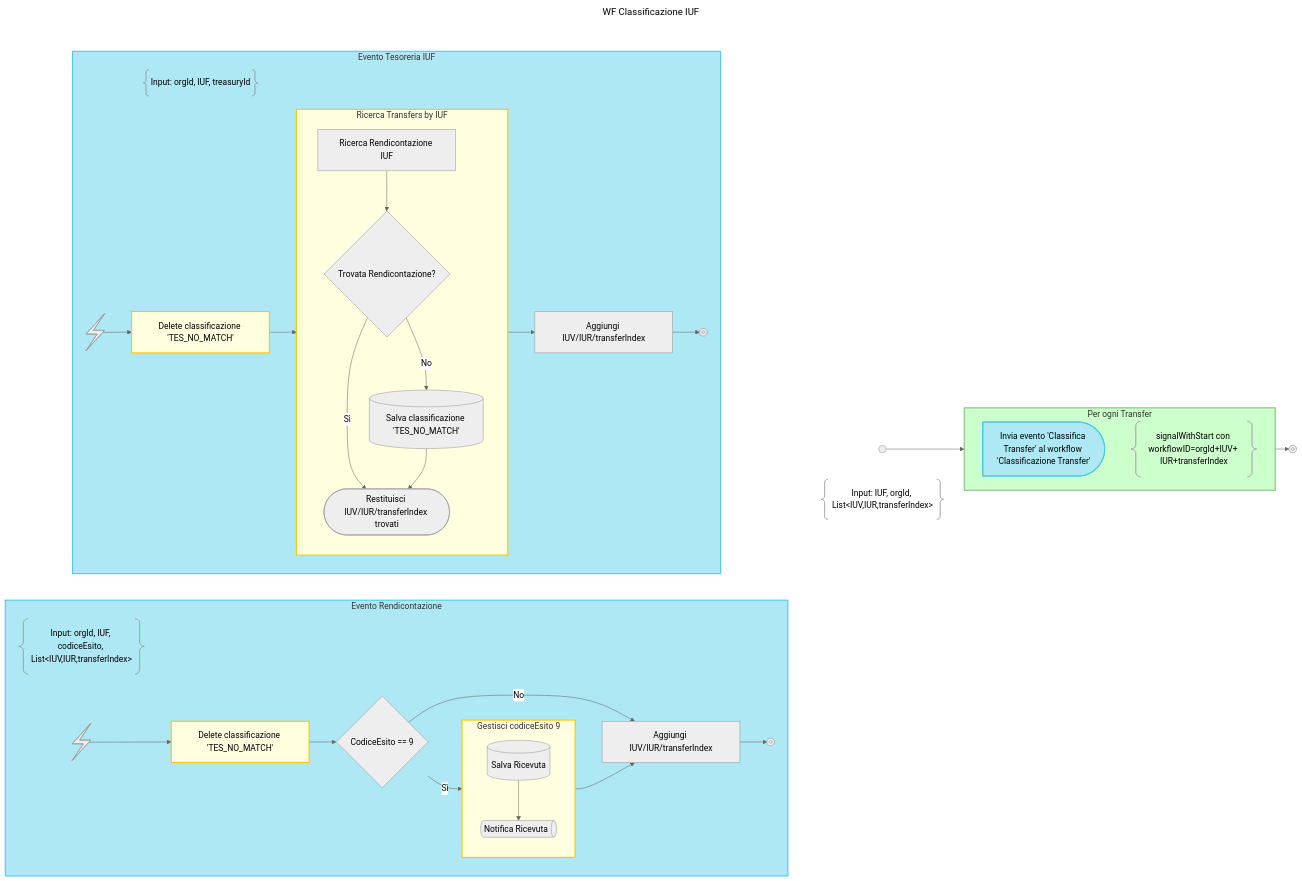
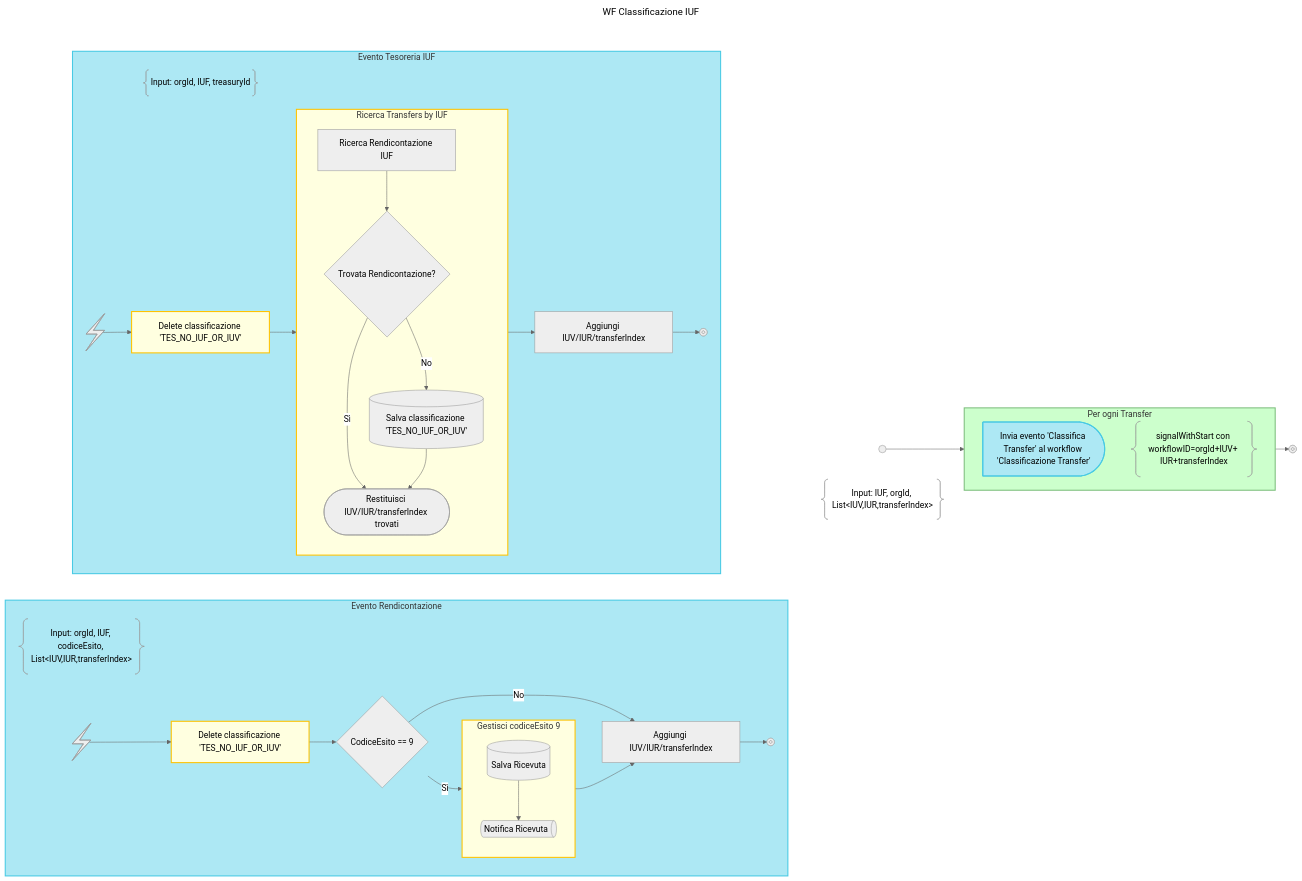
Before and after one commit to pagopa/p4pa-doc: the diagram in design/workflow/classificazioneIncassi/06.classificazioneIuf.mmd, drawn with Mermaid (neutral theme). The commit also changed 1 other file, not shown here.

Commit message:
fix: IUF Classification TES_NO_IUF_OR_IUV instead of TES_NO_MATCH

```diff
--- a/design/workflow/classificazioneIncassi/06.classificazioneIuf.mmd
+++ b/design/workflow/classificazioneIncassi/06.classificazioneIuf.mmd
@@ -1,92 +1,92 @@
 ---
 title: WF Classificazione IUF
 config:
     flowchart:
         rankSpacing: 1
 ---
 flowchart TD
     subgraph WF_BLOCK
         subgraph NOTE_START_BLOCK
             DESCRIPTION@{ shape: braces, label: "Input: IUF, orgId, List&lt;IUV,IUR,transferIndex&gt;" }
             START@{shape: start}
         end
         class NOTE_START_BLOCK hidden
 
         START --> LOOP_IUVs
 
         subgraph LOOP_IUVs["Per ogni Transfer"]
         direction TB
 
         SIGNAL_IUV:::send-signal@{shape: delay, label: "Invia evento 'Classifica Transfer' al workflow 'Classificazione Transfer'"}
         NOTE_SIGNAL_IUV@{ shape: braces, label: "signalWithStart con workflowID=orgId+IUV+ IUR+transferIndex" }
         end
 
         LOOP_IUVs --> END@{shape: stop}
         class LOOP_IUVs loop
     end
     class WF_BLOCK hidden
 
     subgraph SIGNALS_BLOCK
     direction LR
 
         subgraph SIGNAL_RENDICONTAZIONE_BLOCK["Evento Rendicontazione"]
         direction LR
             DESCRIPTION_SIGNAL_RENDICONTAZIONE@{ shape: braces, label: "Input: orgId, IUF, codiceEsito, List&lt;IUV,IUR,transferIndex&gt;" } -->
             DUMMY1:::hidden --> DUMMY2:::hidden --> DUMMY3:::hidden --> DUMMY4:::hidden --> DUMMY5:::hidden
             linkStyle 2,3,4,5,6 display:none
 
             SIGNAL_RENDICONTAZIONE@{ shape: bolt } -->
-            DELETE_CLASSIFY_NULL_IUV:::activity@{label: "Delete classificazione 'TES_NO_MATCH'"} -->
+            DELETE_CLASSIFY_NULL_IUV:::activity@{label: "Delete classificazione 'TES_NO_IUF_OR_IUV'"} -->
             IS_CODICEESITO9{"CodiceEsito == 9"} --> |Sì|HANDLE_CODICEESITO9
             subgraph HANDLE_CODICEESITO9["Gestisci codiceEsito 9"]
                 SAVE_RT@{shape: database, label: "Salva Ricevuta"} -->
                 SEND_RT_MSG@{shape: das, label: "Notifica Ricevuta"}
             end
             class HANDLE_CODICEESITO9 activity
 
             IS_CODICEESITO9 --> |No|ADD_RENDICONTAZIONE_IUVS
 
             HANDLE_CODICEESITO9 -->
             ADD_RENDICONTAZIONE_IUVS["Aggiungi IUV/IUR/transferIndex "] -->
             SIGNAL_RENDICONTAZIONE_END@{ shape: "stop" }
         end
         class SIGNAL_RENDICONTAZIONE_BLOCK signal_block
 
         subgraph SIGNAL_TESORERIA_BLOCK["Evento Tesoreria IUF"]
         direction LR
             DESCRIPTION_SIGNAL_TESORERIA@{ shape: braces, label: "Input: orgId, IUF, treasuryId" } -->
             DUMMY6:::hidden --> DUMMY7:::hidden --> DUMMY8:::hidden
             linkStyle 14,15,16 display:none
 
             SIGNAL_TESORERIA@{ shape: bolt } -->
-            DELETE_TES_ANOMALY:::activity@{label: "Delete classificazione 'TES_NO_MATCH'"} -->
+            DELETE_TES_ANOMALY:::activity@{label: "Delete classificazione 'TES_NO_IUF_OR_IUV'"} -->
             FIND_TESORERIA_IUVS_ACTIVITY
 
             subgraph FIND_TESORERIA_IUVS_ACTIVITY["Ricerca Transfers by IUF"]
 
                 FIND_TESORERIA_IUVS["Ricerca Rendicontazione IUF"] -->
                 EXISTS_RENDICONTAZIONE_TES{"Trovata Rendicontazione?"}
 
                 EXISTS_RENDICONTAZIONE_TES -->
                 |Sì|RETURN_TESORERIA_IUVS@{shape: terminal, label: "Restituisci IUV/IUR/transferIndex trovati"}
 
                 EXISTS_RENDICONTAZIONE_TES -->
-                |No|SAVE_TES_ANOMALY@{shape: database, label: "Salva classificazione 'TES_NO_MATCH'"} -->
+                |No|SAVE_TES_ANOMALY@{shape: database, label: "Salva classificazione 'TES_NO_IUF_OR_IUV'"} -->
                 RETURN_TESORERIA_IUVS
             end
             class FIND_TESORERIA_IUVS_ACTIVITY activity
 
             FIND_TESORERIA_IUVS_ACTIVITY -->
             ADD_TESORERIA_IUVS["Aggiungi IUV/IUR/transferIndex "] -->
             SIGNAL_TESORERIA_END@{ shape: "stop" }
         end
         class SIGNAL_TESORERIA_BLOCK signal_block
     end
     class SIGNALS_BLOCK hidden
 
     classDef note_block display:none;
     classDef hidden display:none;
     classDef activity fill:#FFFFE0, stroke:#ffc300, stroke-width:2px;
     classDef loop fill:#CCFFCC, stroke:#7FBF7F, stroke-width:2px, padding-bottom: 5px;
     classDef signal_block fill:#ade8f4, stroke:#48cae4, stroke-width:2px
     classDef send-signal fill:#ade8f4, stroke:#48cae4, stroke-width:2px
```
